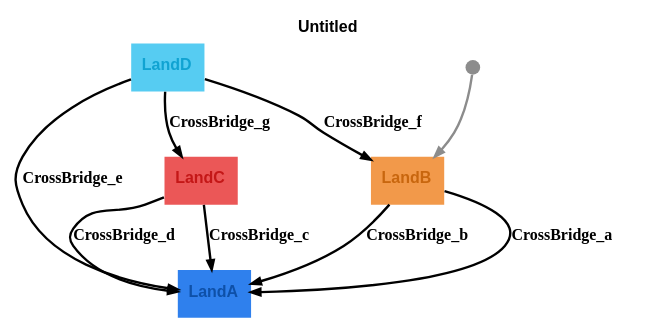
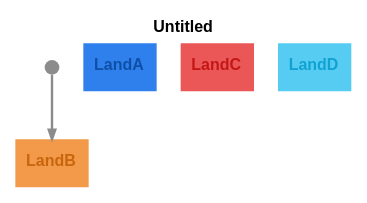
One commit to m-bock/purescript-transit changed the diagram in graphs/bridges-koenigsberg.dot. Above: the diagram before and after it, drawn with Graphviz. The commit also changed 17 other files, not shown here.

```diff
--- a/graphs/bridges-koenigsberg.dot
+++ b/graphs/bridges-koenigsberg.dot
@@ -1,17 +1,10 @@
 digraph 
 {
 rankdir = "TD";fontname = "Arial";label = <<b>Untitled</b>>;labelloc = "t";fontsize = 12
 LandB [shape = "box", label = <<b>LandB</b>>, fontsize = 12, style = "filled", fillcolor = "#f2994a", fontcolor = "#c8660e", fontname = "Arial", labelloc = "c", penwidth = 0.0]
 __Start__ [shape = "circle", label = "", width = 0.15, height = 0.15, fixedsize = true, style = "filled", fillcolor = "#8c8c8c", penwidth = 0.0]
 __Start__ -> LandB [color = "#8c8c8c", fontsize = 12, arrowsize = "0.7", penwidth = 1.8]
-LandB -> LandA [color = "#000000", fontcolor = "#000000", fontsize = 12, arrowsize = "0.7", label = <<b>CrossBridge_a</b>>, penwidth = 1.8]
-LandB -> LandA [color = "#000000", fontcolor = "#000000", fontsize = 12, arrowsize = "0.7", label = <<b>CrossBridge_b</b>>, penwidth = 1.8]
 LandA [shape = "box", label = <<b>LandA</b>>, fontsize = 12, style = "filled", fillcolor = "#2f80ed", fontcolor = "#0e50a8", fontname = "Arial", labelloc = "c", penwidth = 0.0]
 LandC [shape = "box", label = <<b>LandC</b>>, fontsize = 12, style = "filled", fillcolor = "#eb5757", fontcolor = "#c41717", fontname = "Arial", labelloc = "c", penwidth = 0.0]
-LandC -> LandA [color = "#000000", fontcolor = "#000000", fontsize = 12, arrowsize = "0.7", label = <<b>CrossBridge_c</b>>, penwidth = 1.8]
-LandC -> LandA [color = "#000000", fontcolor = "#000000", fontsize = 12, arrowsize = "0.7", label = <<b>CrossBridge_d</b>>, penwidth = 1.8]
 LandD [shape = "box", label = <<b>LandD</b>>, fontsize = 12, style = "filled", fillcolor = "#56ccf2", fontcolor = "#10a3d2", fontname = "Arial", labelloc = "c", penwidth = 0.0]
-LandD -> LandA [color = "#000000", fontcolor = "#000000", fontsize = 12, arrowsize = "0.7", label = <<b>CrossBridge_e</b>>, penwidth = 1.8]
-LandD -> LandB [color = "#000000", fontcolor = "#000000", fontsize = 12, arrowsize = "0.7", label = <<b>CrossBridge_f</b>>, penwidth = 1.8]
-LandD -> LandC [color = "#000000", fontcolor = "#000000", fontsize = 12, arrowsize = "0.7", label = <<b>CrossBridge_g</b>>, penwidth = 1.8]
 }
```
